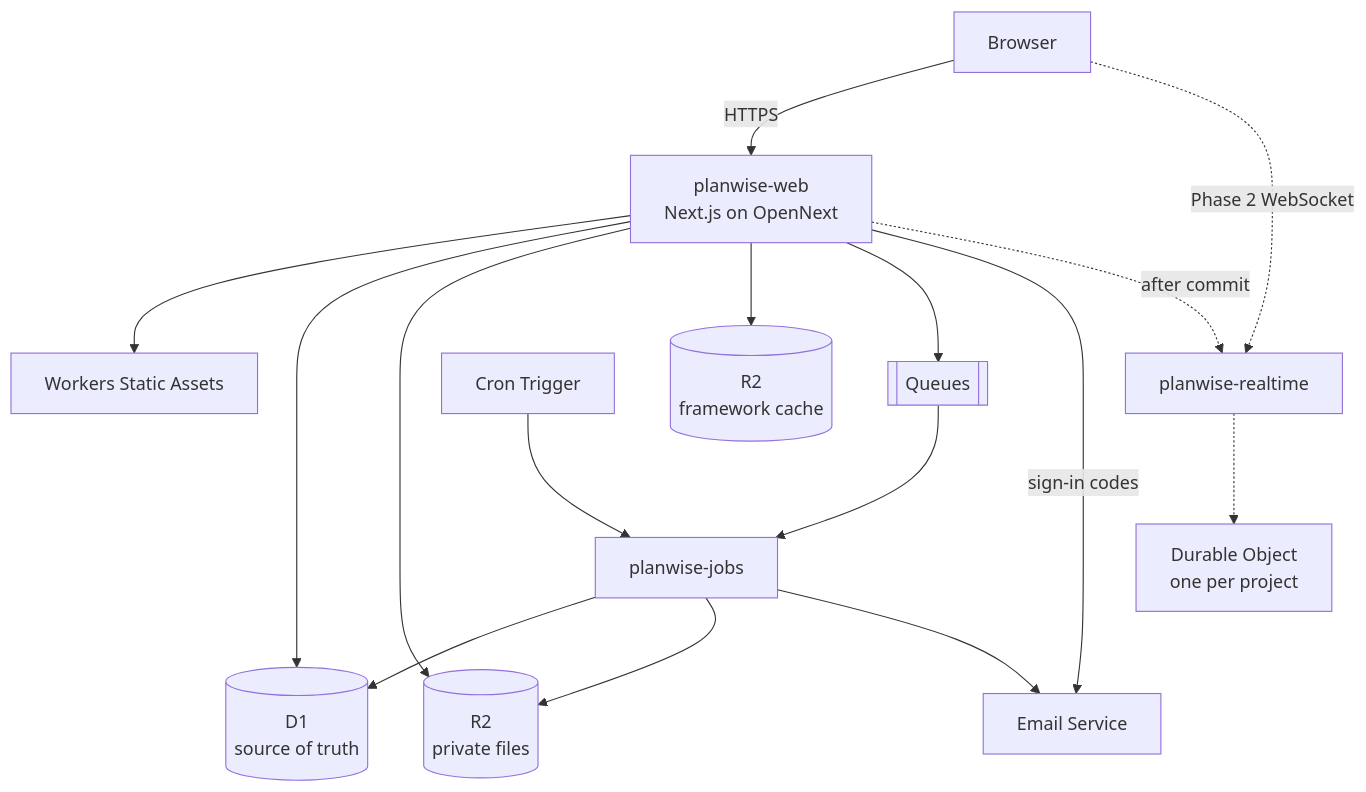
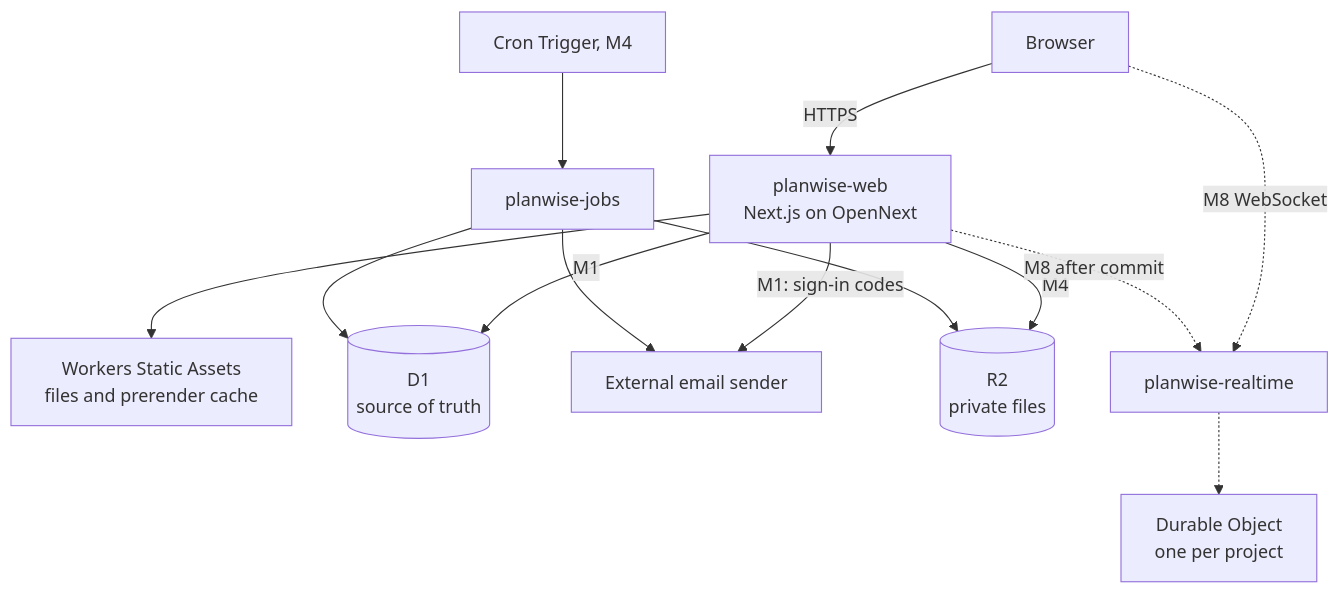
The first of 2 diagrams in docs/platform/architecture.md (TuSunfua/planwise), drawn with Mermaid before and after one commit. The commit also changed other lines of this file and 22 other files, not shown here.

First line of the commit message:
docs: free email sender, and services only when needed

````diff
--- a/docs/platform/architecture.md
+++ b/docs/platform/architecture.md
@@ -8,18 +8,15 @@
 ```mermaid
 flowchart TB
   B[Browser] -->|HTTPS| W[planwise-web<br/>Next.js on OpenNext]
-  W --> A[Workers Static Assets]
-  W --> D[(D1<br/>source of truth)]
-  W --> F[(R2<br/>private files)]
-  W --> C[(R2<br/>framework cache)]
-  W --> Q[[Queues]]
-  T[Cron Trigger] --> J[planwise-jobs]
-  Q --> J
+  W --> A[Workers Static Assets<br/>files and prerender cache]
+  W -->|M1| D[(D1<br/>source of truth)]
+  W -->|M1: sign-in codes| E[External email sender]
+  W -->|M4| F[(R2<br/>private files)]
+  T[Cron Trigger, M4] --> J[planwise-jobs]
   J --> D
   J --> F
-  J --> E[Email Service]
-  W -->|sign-in codes| E
-  B -. Phase 2 WebSocket .-> R[planwise-realtime]
+  J --> E
+  B -. M8 WebSocket .-> R[planwise-realtime]
   R -.-> O[Durable Object<br/>one per project]
-  W -. after commit .-> R
+  W -. M8 after commit .-> R
 ```
````
